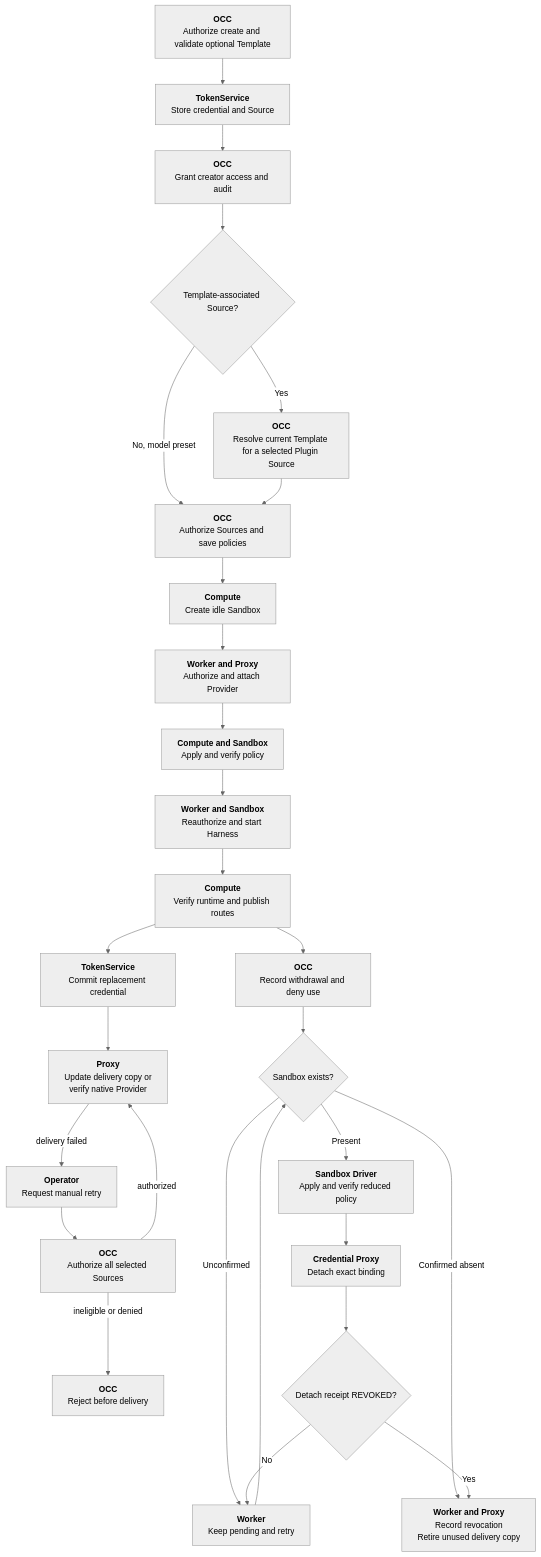
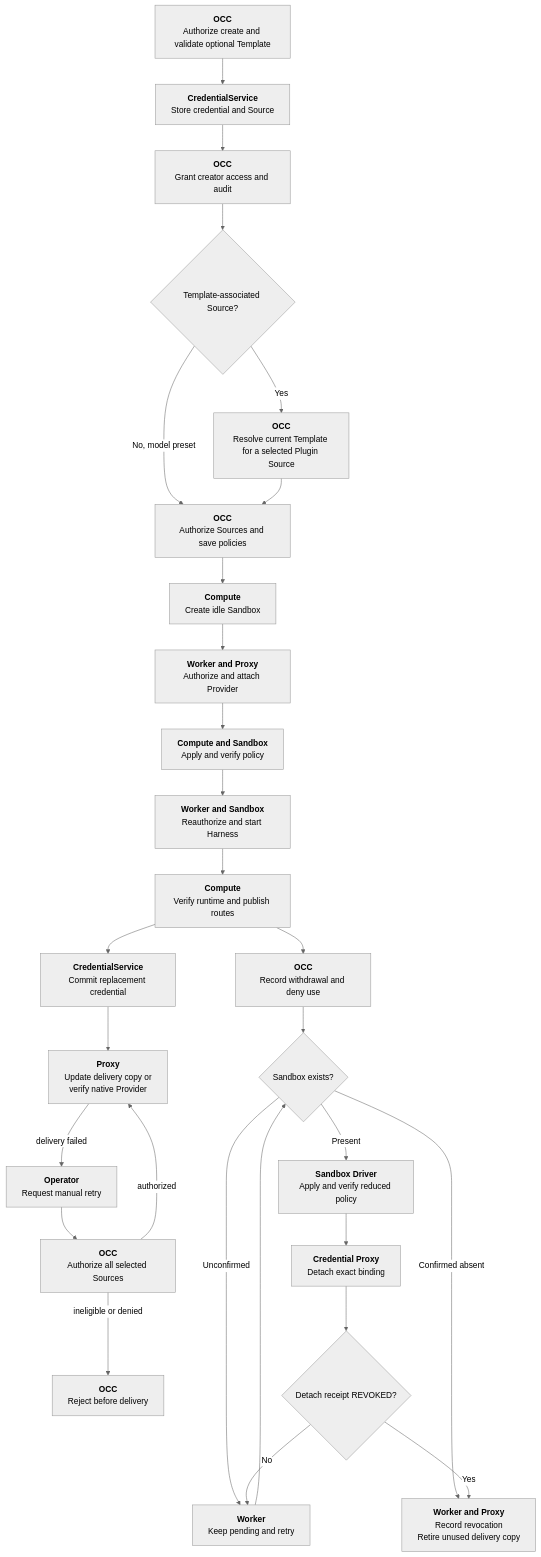
The diagram in docs/flows/credential-source-lifecycle.md (openclaw/openclaw-enterprise), drawn with Mermaid (neutral theme) before and after one commit. The commit also changed other lines of this file and 418 other files, not shown here.

Commit message:
Rename credential custody owner to CredentialService

````diff
--- a/docs/flows/credential-source-lifecycle.md
+++ b/docs/flows/credential-source-lifecycle.md
@@ -23,30 +23,30 @@
 ```mermaid
 graph TD
-  Select["<b>OCC</b><br/>Authorize create and validate optional Template"] --> Register["<b>TokenService</b><br/>Store credential and Source"]
+  Select["<b>OCC</b><br/>Authorize create and validate optional Template"] --> Register["<b>CredentialService</b><br/>Store credential and Source"]
   Register --> Associate["<b>OCC</b><br/>Grant creator access and audit"]
   Associate --> Kind{"Template-associated Source?"}
   Kind -->|Yes| Discover["<b>OCC</b><br/>Resolve current Template for a selected Plugin Source"]
   Kind -->|No, model preset| Admit["<b>OCC</b><br/>Authorize Sources and save policies"]
   Discover --> Admit
   Admit --> Target["<b>Compute</b><br/>Create idle Sandbox"]
   Target --> Delivery["<b>Worker and Proxy</b><br/>Authorize and attach Provider"]
   Delivery --> Ready["<b>Compute and Sandbox</b><br/>Apply and verify policy"]
   Ready --> Activate["<b>Worker and Sandbox</b><br/>Reauthorize and start Harness"]
   Activate --> Traffic["<b>Compute</b><br/>Verify runtime and publish routes"]
-  Traffic --> Update["<b>TokenService</b><br/>Commit replacement credential"]
+  Traffic --> Update["<b>CredentialService</b><br/>Commit replacement credential"]
   Update --> Notify["<b>Proxy</b><br/>Update delivery copy or<br/>verify native Provider"]
   Notify -->|delivery failed| Retry["<b>Operator</b><br/>Request manual retry"]
   Retry --> Preflight["<b>OCC</b><br/>Authorize all selected Sources"]
   Preflight -->|authorized| Notify
   Preflight -->|ineligible or denied| Reject["<b>OCC</b><br/>Reject before delivery"]
   Traffic --> Deny["<b>OCC</b><br/>Record withdrawal and deny use"]
   Deny --> WithdrawalTarget{"Sandbox exists?"}
   WithdrawalTarget -->|Present| Policy["<b>Sandbox Driver</b><br/>Apply and verify reduced policy"]
   WithdrawalTarget -->|Confirmed absent| Complete
   WithdrawalTarget -->|Unconfirmed| Pending
   Policy --> Detach["<b>Credential Proxy</b><br/>Detach exact binding"]
   Detach --> Receipt{"Detach receipt REVOKED?"}
   Receipt -->|No| Pending["<b>Worker</b><br/>Keep pending and retry"]
   Pending --> WithdrawalTarget
   Receipt -->|Yes| Complete["<b>Worker and Proxy</b><br/>Record revocation<br/>Retire unused delivery copy"]
 ```
````
